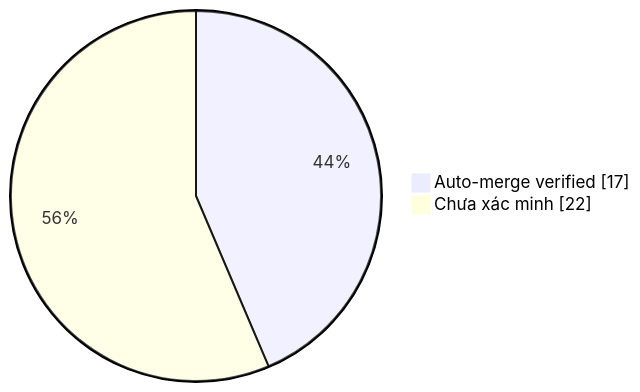
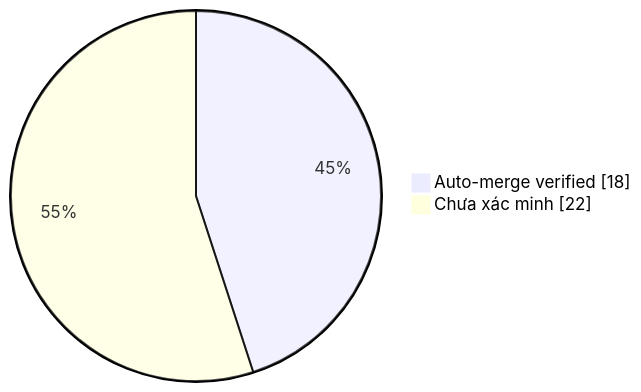
Before and after one commit to duykhang68/tetdinhmuiblog: the diagram in collector.md, drawn with Mermaid. The commit also changed other lines of this file and 1 other file, not shown here.

Commit message:
docs(collector): update auto-merge evidence dashboard

````diff
--- a/collector.md
+++ b/collector.md
@@ -22,5 +22,5 @@
 ```mermaid
 pie showData
-    "Auto-merge verified" : 17
+    "Auto-merge verified" : 18
     "Chưa xác minh" : 22
 ```
````
